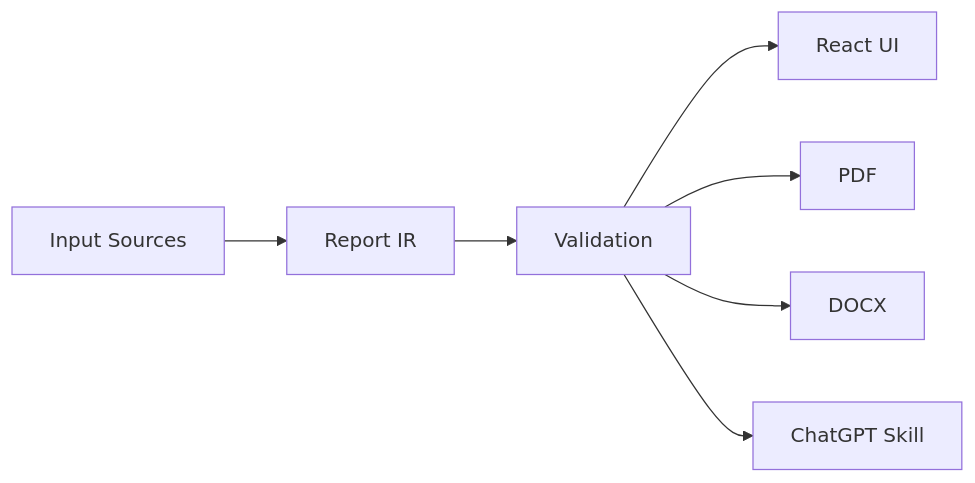
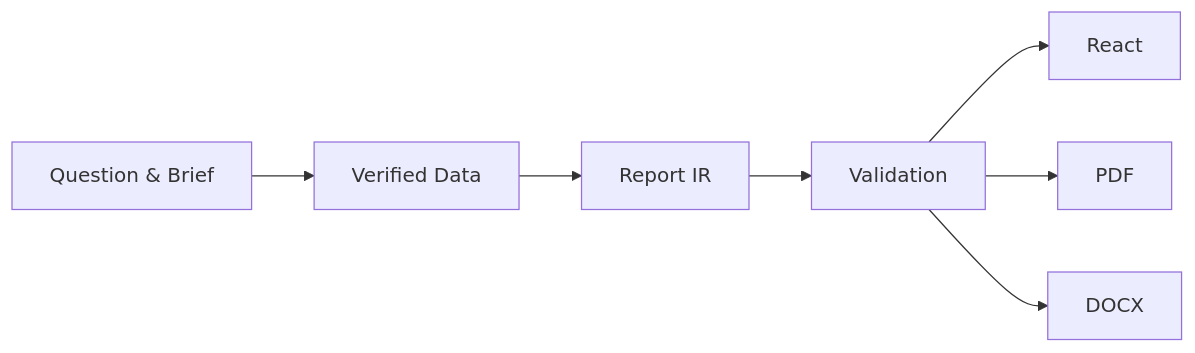
The diagram in README.md (mahamirmh/RISHEH-Visual-Reporting-Design-System), drawn with Mermaid before and after one commit. The commit also changed other lines of this file, not shown here.

````diff
--- a/README.md
+++ b/README.md
@@ -39,9 +59,9 @@
 ```mermaid
 flowchart LR
- A[Input Sources] --> B[Report IR]
- B --> C[Validation]
- C --> D[React UI]
- C --> E[PDF]
- C --> F[DOCX]
- C --> G[ChatGPT Skill]
+ A[Question & Brief] --> B[Verified Data]
+ B --> C[Report IR]
+ C --> D[Validation]
+ D --> E[React]
+ D --> F[PDF]
+ D --> G[DOCX]
 ```
````
